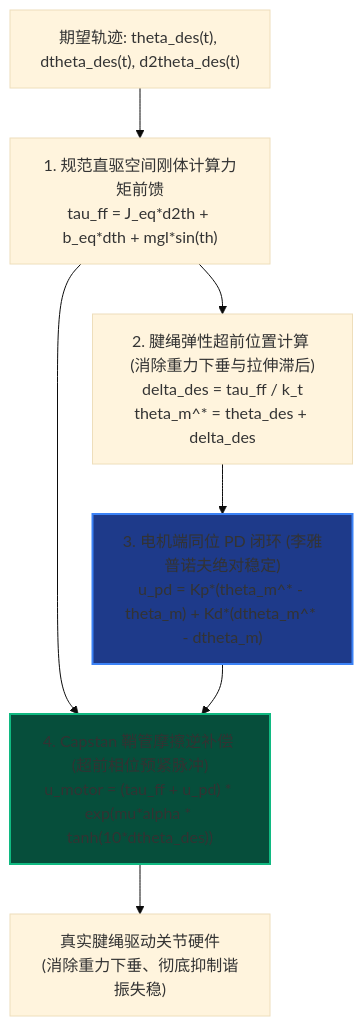
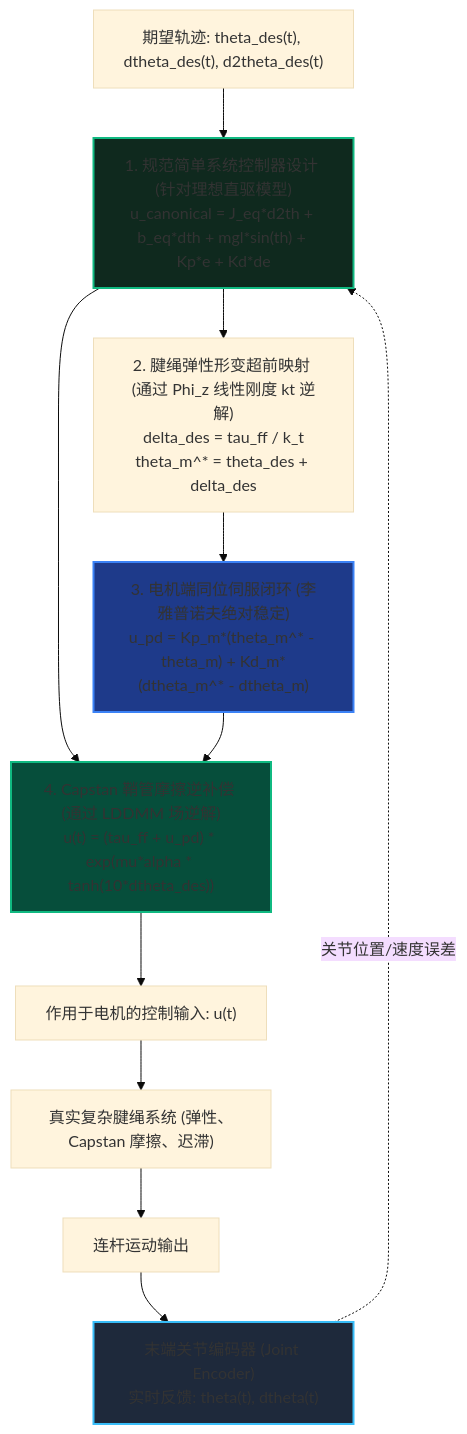
Before and after one commit to fangde/symmetryObserver: the fifth of 5 diagrams in TENDON_PAPER_ZH.md, drawn with Mermaid (base theme). The commit also changed other lines of this file and 8 other files, not shown here.

Commit message:
feat(control): implement joint-encoder-based controlled symmetry benchmark to match simple-system performance

````diff
--- a/TENDON_PAPER_ZH.md
+++ b/TENDON_PAPER_ZH.md
@@ -251,15 +317,22 @@
 ```mermaid
 flowchart TD
-    Des["期望轨迹: theta_des(t), dtheta_des(t), d2theta_des(t)"] --> FF["1. 规范直驱空间刚体计算力矩前馈<br/>tau_ff = J_eq*d2th + b_eq*dth + mgl*sin(th)"]
+    Des["期望轨迹: theta_des(t), dtheta_des(t), d2theta_des(t)"] --> CanonicalCtrl["1. 规范简单系统控制器设计 (针对理想直驱模型)<br/>u_canonical = J_eq*d2th + b_eq*dth + mgl*sin(th) + Kp*e + Kd*de"]
     
-    FF --> Lead["2. 腱绳弹性超前位置计算 (消除重力下垂与拉伸滞后)<br/>delta_des = tau_ff / k_t<br/>theta_m^* = theta_des + delta_des"]
+    Encoder["末端关节编码器 (Joint Encoder)<br/>实时反馈: theta(t), dtheta(t)"] -. "关节位置/速度误差" .-> CanonicalCtrl
     
-    Lead --> Collocated["3. 电机端同位 PD 闭环 (李雅普诺夫绝对稳定)<br/>u_pd = Kp*(theta_m^* - theta_m) + Kd*(dtheta_m^* - dtheta_m)"]
+    CanonicalCtrl --> Lead["2. 腱绳弹性形变超前映射 (通过 Phi_z 线性刚度 kt 逆解)<br/>delta_des = tau_ff / k_t<br/>theta_m^* = theta_des + delta_des"]
     
-    FF & Collocated --> PreTension["4. Capstan 鞘管摩擦逆补偿 (超前相位预紧脉冲)<br/>u_motor = (tau_ff + u_pd) * exp(mu*alpha * tanh(10*dtheta_des))"]
+    Lead --> Collocated["3. 电机端同位伺服闭环 (李雅普诺夫绝对稳定)<br/>u_pd = Kp_m*(theta_m^* - theta_m) + Kd_m*(dtheta_m^* - dtheta_m)"]
     
-    PreTension --> Plant["真实腱绳驱动关节硬件<br/>(消除重力下垂、彻底抑制谐振失稳)"]
+    CanonicalCtrl & Collocated --> PreTension["4. Capstan 鞘管摩擦逆补偿 (通过 LDDMM 场逆解)<br/>u(t) = (tau_ff + u_pd) * exp(mu*alpha * tanh(10*dtheta_des))"]
     
+    PreTension --> MotorInput["作用于电机的控制输入: u(t)"]
+    MotorInput --> ComplexPlant["真实复杂腱绳系统 (弹性、Capstan 摩擦、迟滞)"]
+    ComplexPlant --> JointOutput["连杆运动输出"]
+    JointOutput --> Encoder
+    
+    style CanonicalCtrl fill:#0f291e,stroke:#10b981,stroke-width:2px
     style PreTension fill:#064e3b,stroke:#10b981,stroke-width:2px
     style Collocated fill:#1e3a8a,stroke:#3b82f6,stroke-width:2px
+    style Encoder fill:#1e293b,stroke:#38bdf8,stroke-width:2px
 ```
````
